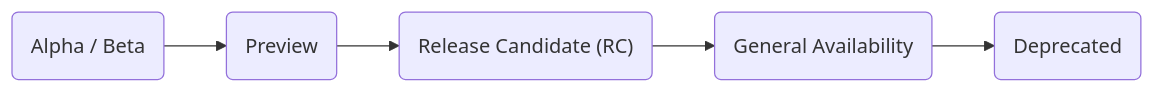
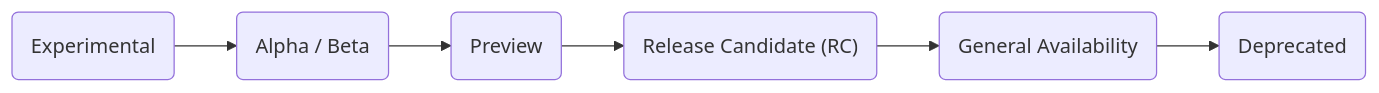
Before and after one commit to apollographql/docs: the first of 2 diagrams in src/content/basics/resources/release-stages.md, drawn with Mermaid. The commit also changed other lines of this file, not shown here.

Commit message:
adding the definition for experimental

````diff
--- a/src/content/basics/resources/release-stages.md
+++ b/src/content/basics/resources/release-stages.md
@@ -10,10 +10,11 @@
 ```mermaid
 graph LR;
-  alphabeta(Alpha / Beta)
+  experimental(Experimental)
+  experimental-->alphabeta(Alpha / Beta);
   alphabeta --> preview(Preview);
   preview --> rc("Release Candidate (RC)");
   rc --> ga(General Availability);
   ga --> deprecated(Deprecated);
   class ga tertiary;
   class deprecated secondary;
 ```
````
